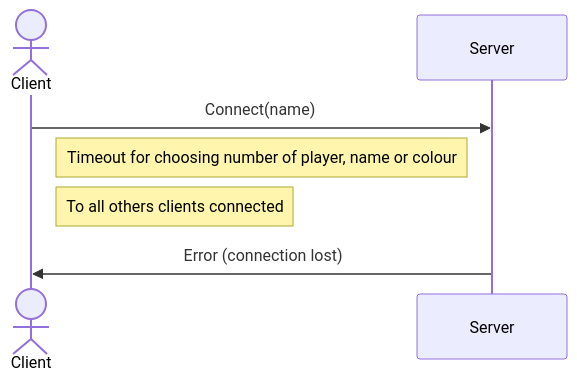
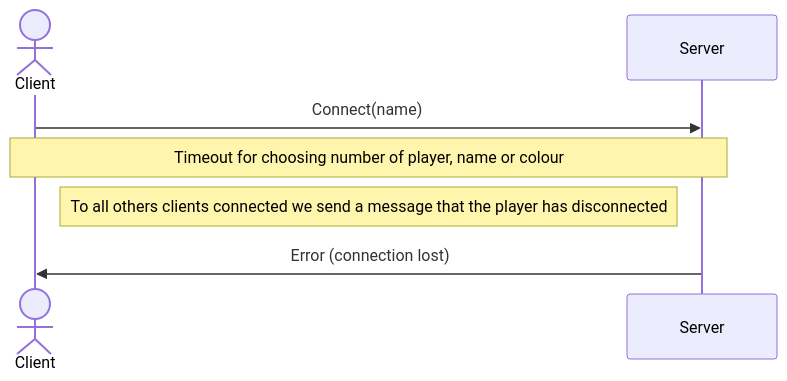
Before and after one commit to TheCaptainCraken/IS24-AM26: the fifth of 6 diagrams in deliverables/connection-serius.md, drawn with Mermaid. The commit also changed other lines of this file, not shown here.

Commit message:
uml update for peer review

````diff
--- a/deliverables/connection-serius.md
+++ b/deliverables/connection-serius.md
@@ -259,11 +274,11 @@
 ```mermaid
 sequenceDiagram
     actor Client
     participant Server
     
     Client ->> Server: Connect(name)
-    note right of Client: Timeout for choosing number of player, name or colour
-    note right of Client: To all others clients connected
+    note over Server, Client: Timeout for choosing number of player, name or colour
+    note right of Client: To all others clients connected we send a message that the player has disconnected
     Server ->> Client: Error (connection lost)
         
 ```
````
